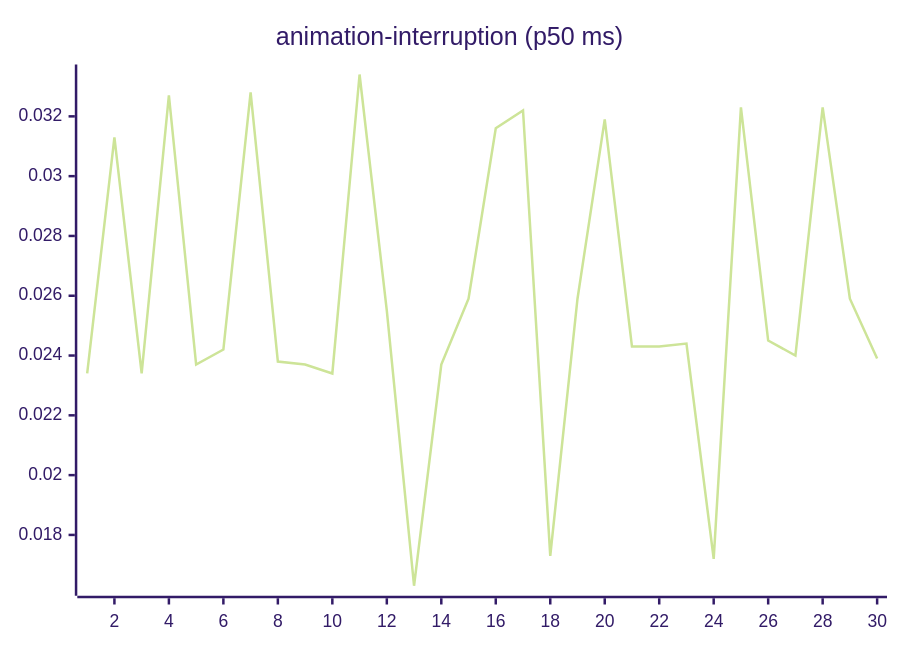
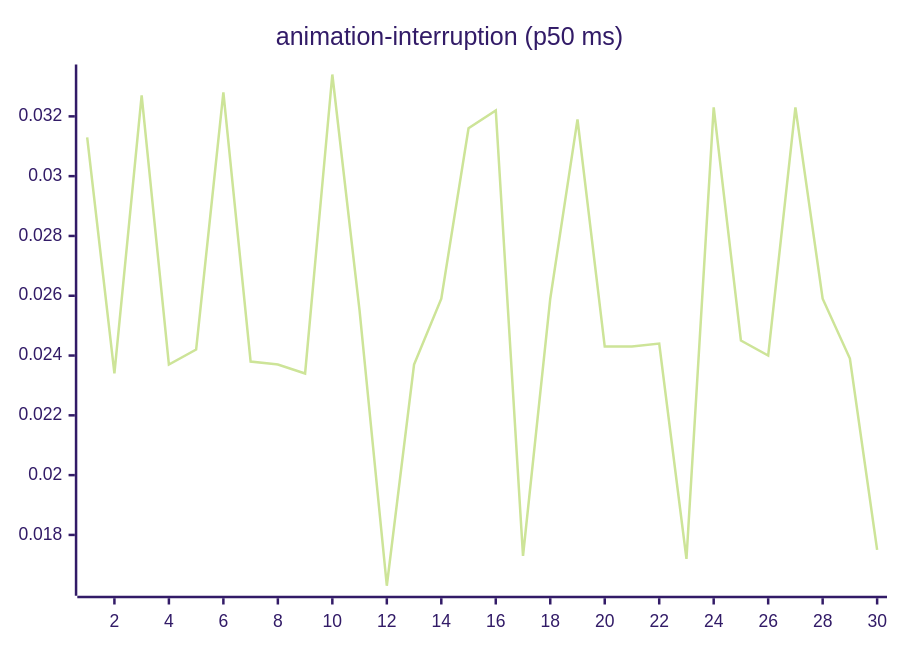
One commit to josha/Facet changed the third of 27 diagrams in README.md. Above: the diagram before and after it, drawn with Mermaid (forest theme). The commit also changed other lines of this file and 2 other files, not shown here.

````diff
--- a/README.md
+++ b/README.md
@@ -77,6 +77,6 @@
 ```mermaid
 xychart-beta
     title "animation-interruption (p50 ms)"
     x-axis 1 --> 30
-    line [0.0234, 0.0313, 0.0234, 0.0327, 0.0237, 0.0242, 0.0328, 0.0238, 0.0237, 0.0234, 0.0334, 0.0255, 0.0163, 0.0237, 0.0259, 0.0316, 0.0322, 0.0173, 0.0259, 0.0319, 0.0243, 0.0243, 0.0244, 0.0172, 0.0323, 0.0245, 0.0240, 0.0323, 0.0259, 0.0239]
+    line [0.0313, 0.0234, 0.0327, 0.0237, 0.0242, 0.0328, 0.0238, 0.0237, 0.0234, 0.0334, 0.0255, 0.0163, 0.0237, 0.0259, 0.0316, 0.0322, 0.0173, 0.0259, 0.0319, 0.0243, 0.0243, 0.0244, 0.0172, 0.0323, 0.0245, 0.0240, 0.0323, 0.0259, 0.0239, 0.0175]
 ```
````
